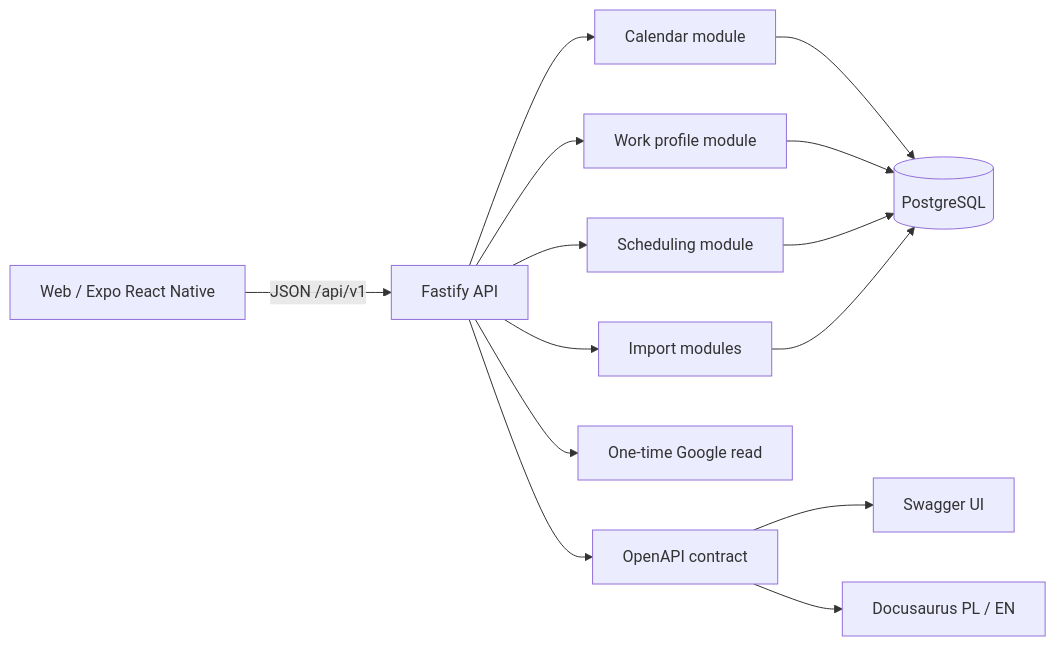
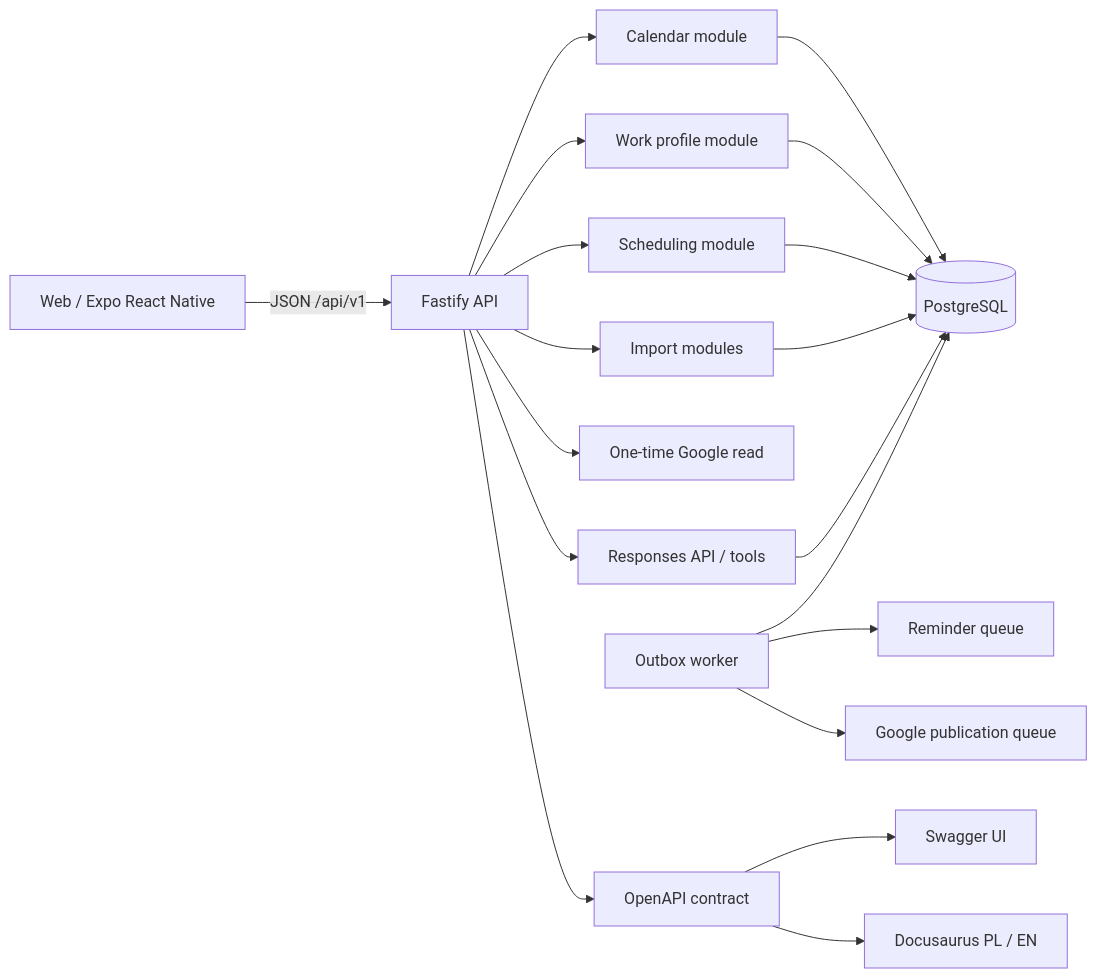
Before and after one commit to KarolNarozniak/KAC-demo: the diagram in docs-site/i18n/en/docusaurus-plugin-content-docs/current/architecture.md, drawn with Mermaid. The commit also changed other lines of this file and 73 other files, not shown here.

````diff
--- a/docs-site/i18n/en/docusaurus-plugin-content-docs/current/architecture.md
+++ b/docs-site/i18n/en/docusaurus-plugin-content-docs/current/architecture.md
@@ -12,16 +12,21 @@
 ```mermaid
 flowchart LR
   Browser[Web / Expo React Native] -->|JSON /api/v1| Api[Fastify API]
   Api --> Calendar[Calendar module]
   Api --> Profile[Work profile module]
   Api --> Scheduling[Scheduling module]
   Api --> Imports[Import modules]
   Api --> Google[One-time Google read]
+  Api --> AI[Responses API / tools]
+  Outbox[Outbox worker] --> Pg
+  Outbox --> Reminders[Reminder queue]
+  Outbox --> GoogleQueue[Google publication queue]
   Calendar --> Pg[(PostgreSQL)]
   Profile --> Pg
   Scheduling --> Pg
   Imports --> Pg
+  AI --> Pg
   Api --> OpenAPI[OpenAPI contract]
   OpenAPI --> Swagger[Swagger UI]
   OpenAPI --> Docs[Docusaurus PL / EN]
 ```
````
